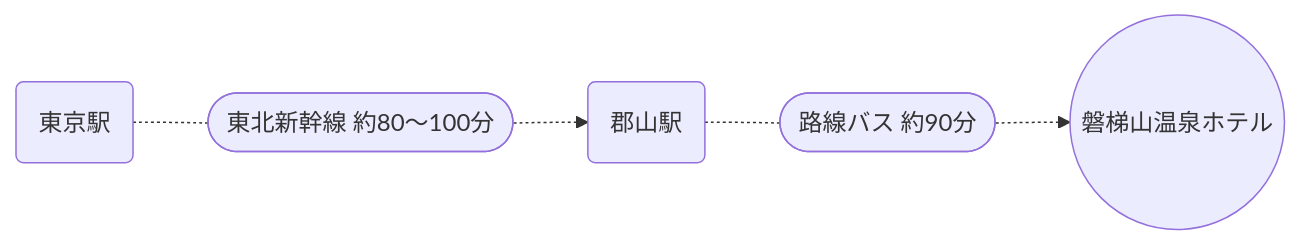
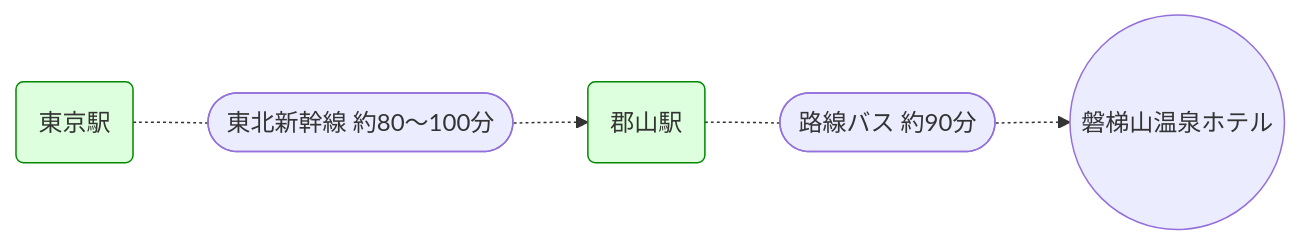
Before and after one commit to kyosuke/snowcation: the diagram in src/content/docs/resorts/nekoma-mountain.mdx, drawn with Mermaid. The commit also changed 1 other file, not shown here.

Commit message:
Add station styling to mermaid diagrams
Updated the mermaid flowcharts in the Grandeco and Nekoma Mountain resort docs to define and apply a 'station' class for improved visual distinction of station nodes.

````diff
--- a/src/content/docs/resorts/nekoma-mountain.mdx
+++ b/src/content/docs/resorts/nekoma-mountain.mdx
@@ -120,13 +120,14 @@
 ```mermaid
 flowchart LR
-  Tokyo@{ shape: rounded, label: "東京駅" }
-  Koriyama@{ shape: rounded, label: "郡山駅" }
+  classDef station fill:#0f02,stroke:#080;
+  Tokyo:::station@{ shape: rounded, label: "東京駅" }
+  Koriyama:::station@{ shape: rounded, label: "郡山駅" }
 
   Shinkansen@{ shape: stadium, label: "東北新幹線 約80〜100分" }
   Bus@{ shape: stadium, label: "路線バス 約90分" }
 
   Bandaisan@{ shape: circle, label: "磐梯山温泉ホテル" }
 
   Tokyo -.- Shinkansen -.-> Koriyama
   Koriyama -.- Bus -.-> Bandaisan
 ```
````
